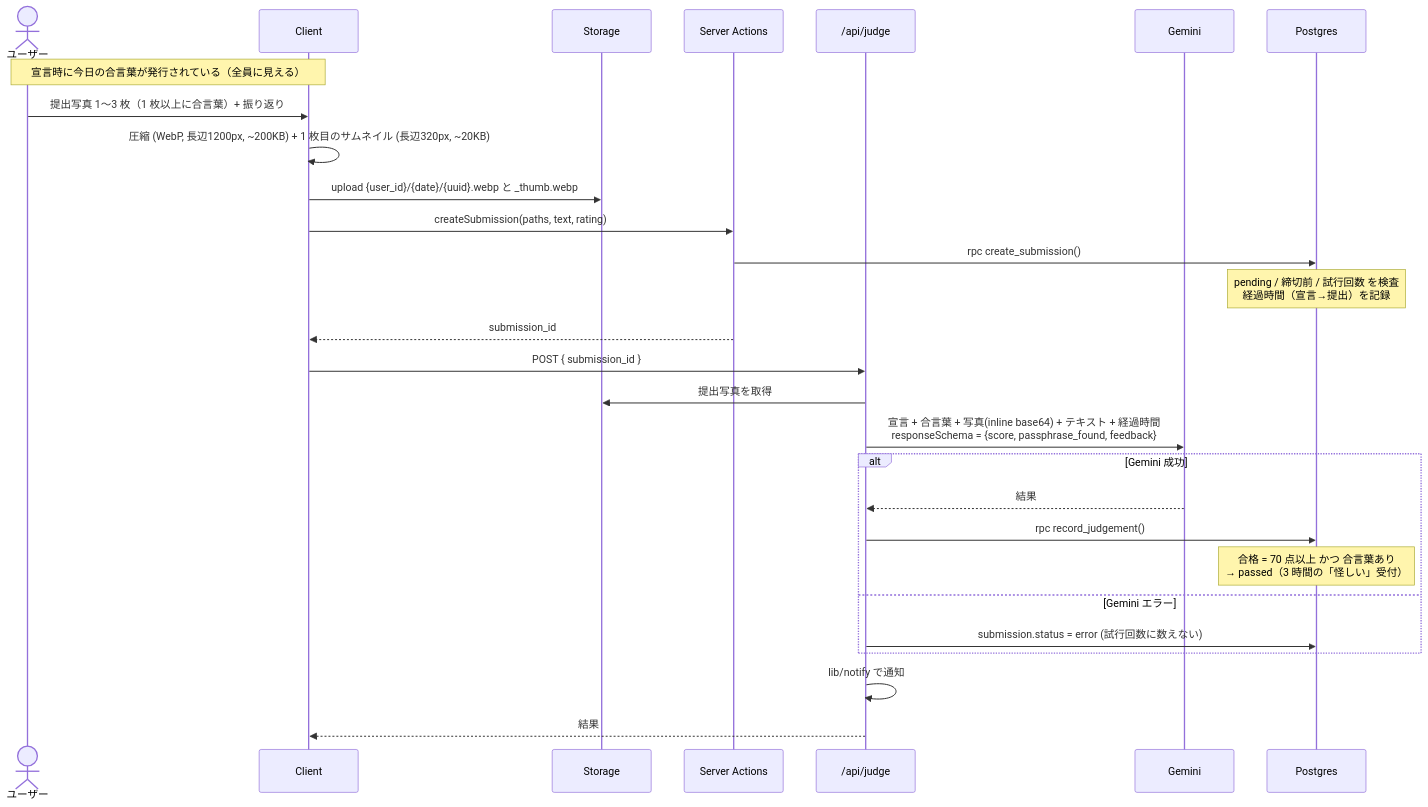
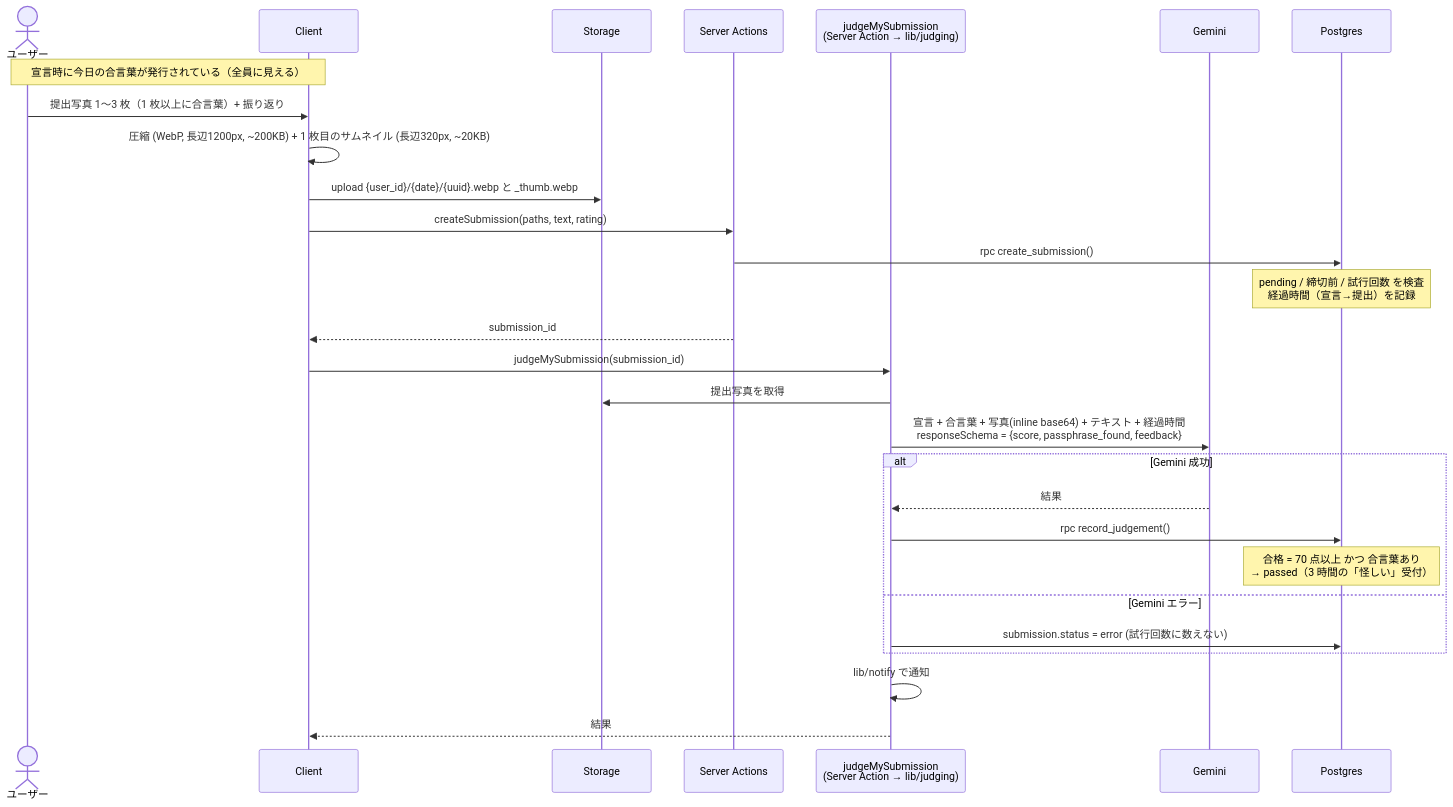
The third of 6 diagrams in docs/architecture.md (ashilal1/force-study-app), drawn with Mermaid before and after one commit. The commit also changed other lines of this file and 21 other files, not shown here.

````diff
--- a/docs/architecture.md
+++ b/docs/architecture.md
@@ -75,30 +75,30 @@
 ```mermaid
 sequenceDiagram
     actor U as ユーザー
     participant C as Client
     participant ST as Storage
     participant SA as Server Actions
-    participant J as /api/judge
+    participant J as judgeMySubmission<br/>(Server Action → lib/judging)
     participant G as Gemini
     participant DB as Postgres
     Note over U,C: 宣言時に今日の合言葉が発行されている（全員に見える）
     U->>C: 提出写真 1〜3 枚（1 枚以上に合言葉）+ 振り返り
     C->>C: 圧縮 (WebP, 長辺1200px, ~200KB) + 1 枚目のサムネイル (長辺320px, ~20KB)
     C->>ST: upload {user_id}/{date}/{uuid}.webp と _thumb.webp
     C->>SA: createSubmission(paths, text, rating)
     SA->>DB: rpc create_submission()
     Note over DB: pending / 締切前 / 試行回数 を検査<br/>経過時間（宣言→提出）を記録
     SA-->>C: submission_id
-    C->>J: POST { submission_id }
+    C->>J: judgeMySubmission(submission_id)
     J->>ST: 提出写真を取得
     J->>G: 宣言 + 合言葉 + 写真(inline base64) + テキスト + 経過時間<br/>responseSchema = {score, passphrase_found, feedback}
     alt Gemini 成功
         G-->>J: 結果
         J->>DB: rpc record_judgement()
         Note over DB: 合格 = 70 点以上 かつ 合言葉あり<br/>→ passed（3 時間の「怪しい」受付）
     else Gemini エラー
         J->>DB: submission.status = error (試行回数に数えない)
     end
     J->>J: lib/notify で通知
     J-->>C: 結果
 ```
````
